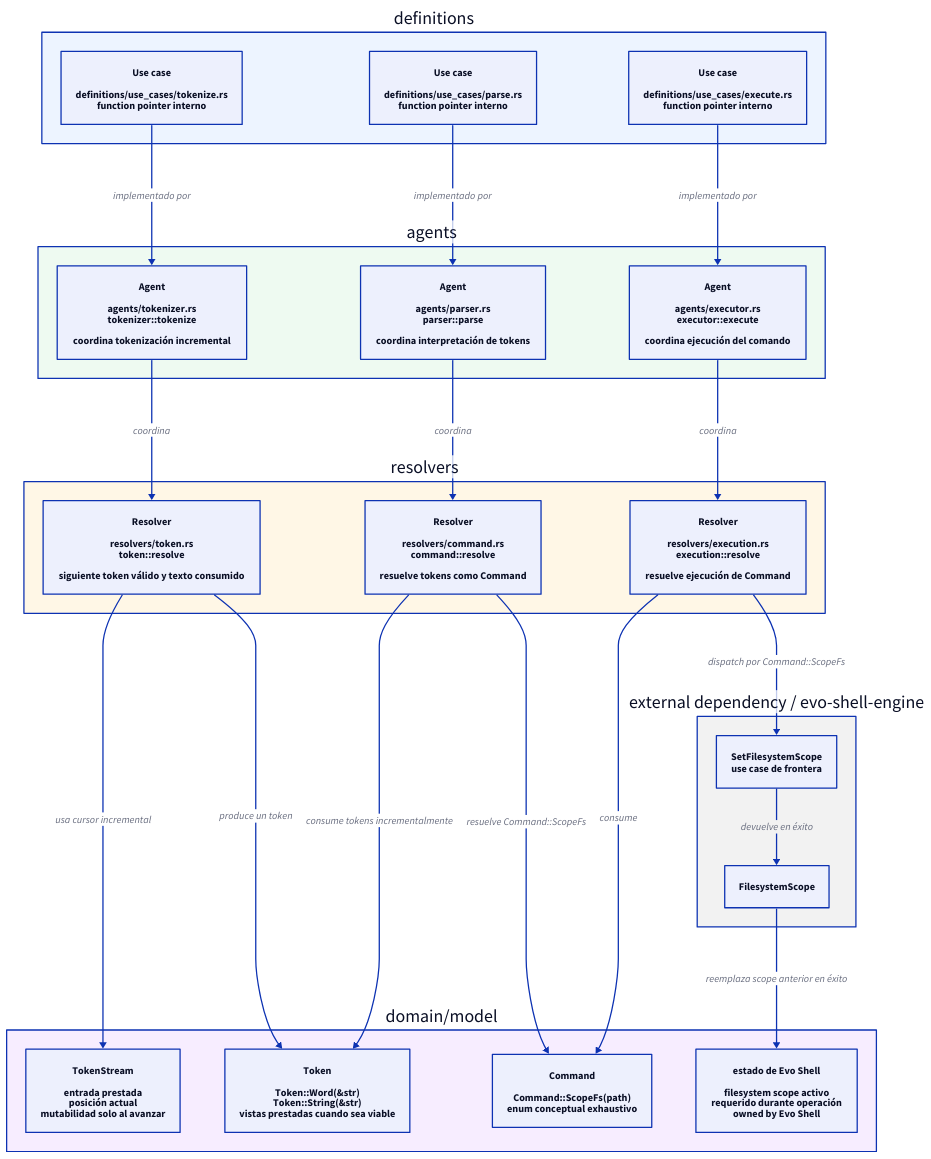
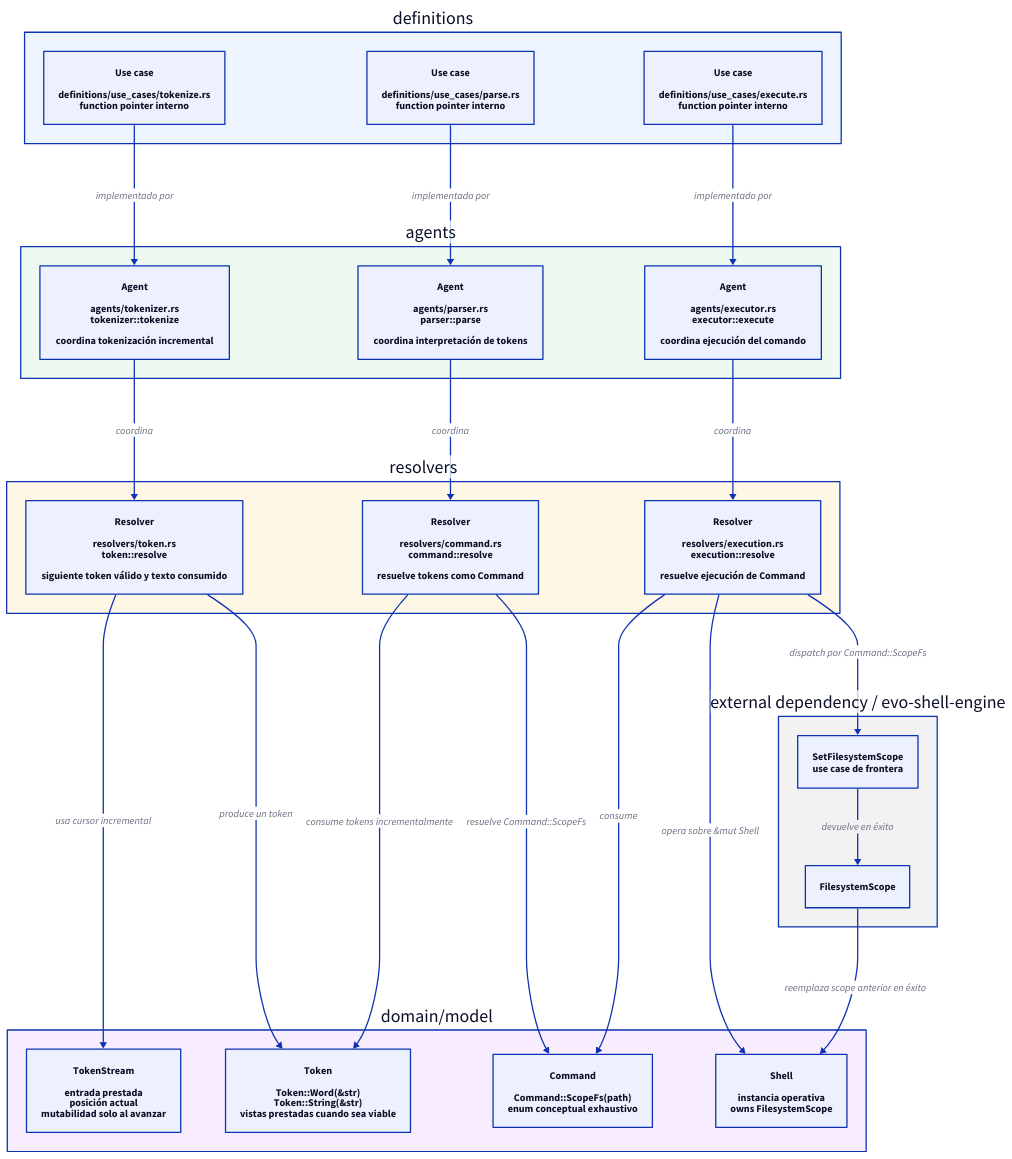
The diagram in evo-shell/technical_documentation/use_cases/UC-001-set-filesystem-scope-command/architecture.d2 (niqel/evolution), drawn with D2 before and after one commit. The commit also changed 10 other files, not shown here.

Commit message:
docs: define shell initialization architecture

```diff
--- a/evo-shell/technical_documentation/use_cases/UC-001-set-filesystem-scope-command/architecture.d2
+++ b/evo-shell/technical_documentation/use_cases/UC-001-set-filesystem-scope-command/architecture.d2
@@ -1,98 +1,99 @@
 direction: down
 
 definitions: "definitions" {
   style.fill: "#edf4ff"
 
   tokenize: "Use case\n\ndefinitions/use_cases/tokenize.rs\nfunction pointer interno" {
     shape: rectangle
   }
 
   parse: "Use case\n\ndefinitions/use_cases/parse.rs\nfunction pointer interno" {
     shape: rectangle
   }
 
   execute: "Use case\n\ndefinitions/use_cases/execute.rs\nfunction pointer interno" {
     shape: rectangle
   }
 }
 
 agents: "agents" {
   style.fill: "#eefaf1"
 
   tokenizer: "Agent\n\nagents/tokenizer.rs\ntokenizer::tokenize\n\ncoordina tokenización incremental" {
     shape: rectangle
   }
 
   parser: "Agent\n\nagents/parser.rs\nparser::parse\n\ncoordina interpretación de tokens" {
     shape: rectangle
   }
 
   executor: "Agent\n\nagents/executor.rs\nexecutor::execute\n\ncoordina ejecución del comando" {
     shape: rectangle
   }
 }
 
 resolvers: "resolvers" {
   style.fill: "#fff7e6"
 
   token: "Resolver\n\nresolvers/token.rs\ntoken::resolve\n\nsiguiente token válido y texto consumido" {
     shape: rectangle
   }
 
   command: "Resolver\n\nresolvers/command.rs\ncommand::resolve\n\nresuelve tokens como Command" {
     shape: rectangle
   }
 
   execution: "Resolver\n\nresolvers/execution.rs\nexecution::resolve\n\nresuelve ejecución de Command" {
     shape: rectangle
   }
 }
 
 domain: "domain/model" {
   style.fill: "#f7edff"
 
   token_stream: "TokenStream\n\nentrada prestada\nposición actual\nmutabilidad solo al avanzar" {
     shape: rectangle
   }
 
   token_model: "Token\n\nToken::Word(&str)\nToken::String(&str)\nvistas prestadas cuando sea viable" {
     shape: rectangle
   }
 
   command_model: "Command\n\nCommand::ScopeFs(path)\nenum conceptual exhaustivo" {
     shape: rectangle
   }
 
-  shell_state: "estado de Evo Shell\n\nfilesystem scope activo\nrequerido durante operación\nowned by Evo Shell" {
+  shell: "Shell\n\ninstancia operativa\nowns FilesystemScope" {
     shape: rectangle
   }
 }
 
 external: "external dependency / evo-shell-engine" {
   style.fill: "#f2f2f2"
 
   set_filesystem_scope: "SetFilesystemScope\nuse case de frontera" {
     shape: rectangle
   }
 
   filesystem_scope: "FilesystemScope" {
     shape: rectangle
   }
 }
 
 definitions.tokenize -> agents.tokenizer: "implementado por"
 agents.tokenizer -> resolvers.token: "coordina"
 resolvers.token -> domain.token_stream: "usa cursor incremental"
 resolvers.token -> domain.token_model: "produce un token"
 
 definitions.parse -> agents.parser: "implementado por"
 agents.parser -> resolvers.command: "coordina"
 resolvers.command -> domain.token_model: "consume tokens incrementalmente"
 resolvers.command -> domain.command_model: "resuelve Command::ScopeFs"
 
 definitions.execute -> agents.executor: "implementado por"
 agents.executor -> resolvers.execution: "coordina"
 resolvers.execution -> domain.command_model: "consume"
+resolvers.execution -> domain.shell: "opera sobre &mut Shell"
 resolvers.execution -> external.set_filesystem_scope: "dispatch por Command::ScopeFs"
 external.set_filesystem_scope -> external.filesystem_scope: "devuelve en éxito"
-external.filesystem_scope -> domain.shell_state: "reemplaza scope anterior en éxito"
+external.filesystem_scope -> domain.shell: "reemplaza scope anterior en éxito"
```
